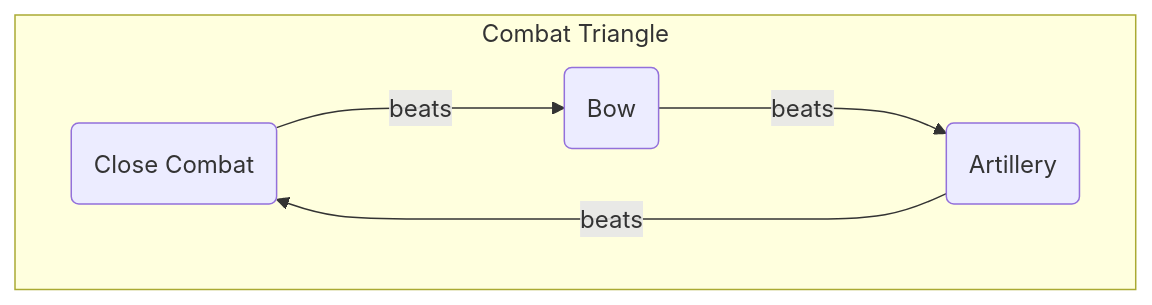
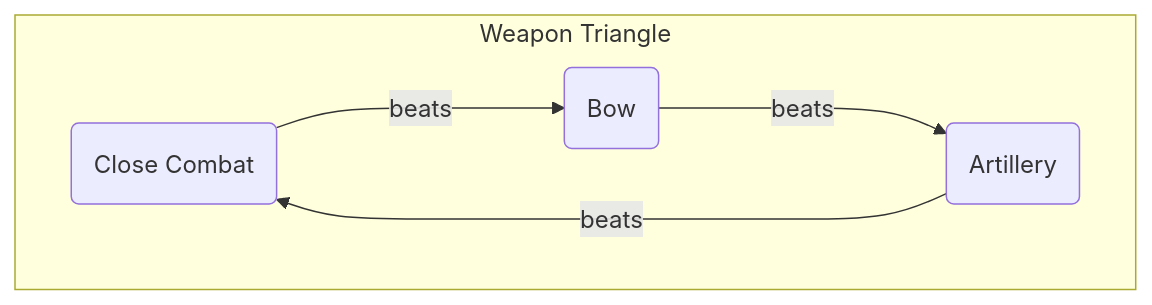
The second of 2 diagrams in wiki/catalog/Weapons.md (DonColon/vigilans-nexum-wiki), drawn with Mermaid before and after one commit. The commit also changed other lines of this file and 2 other files, not shown here.

````diff
--- a/wiki/catalog/Weapons.md
+++ b/wiki/catalog/Weapons.md
@@ -88,12 +88,12 @@
 ```mermaid
 flowchart
-	subgraph Combat Triangle
+	subgraph Weapon Triangle
 		close-combat(Close Combat)
 		bow(Bow)
 		artillery(Artillery)
 		
 		close-combat--beats--->bow
 		bow--beats--->artillery
 		artillery--beats--->close-combat
 	end
 ```
````
